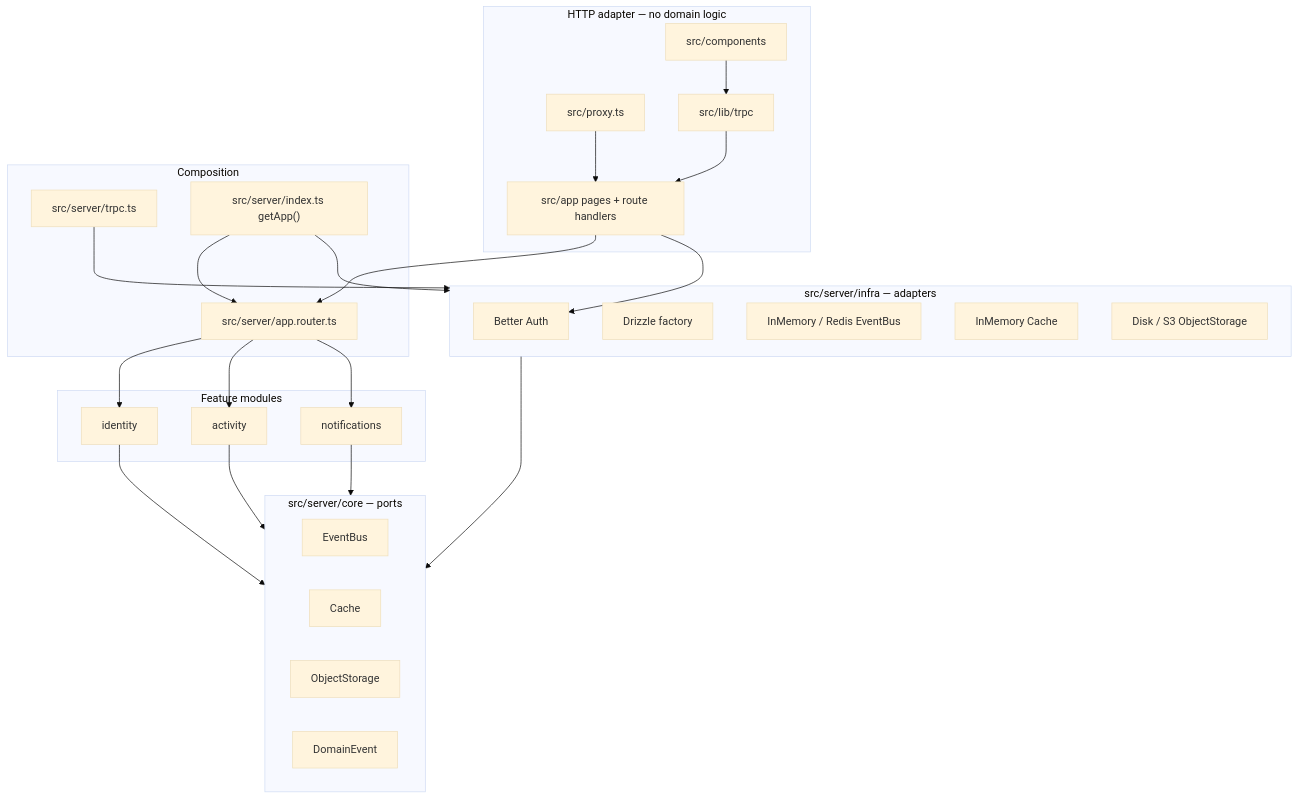
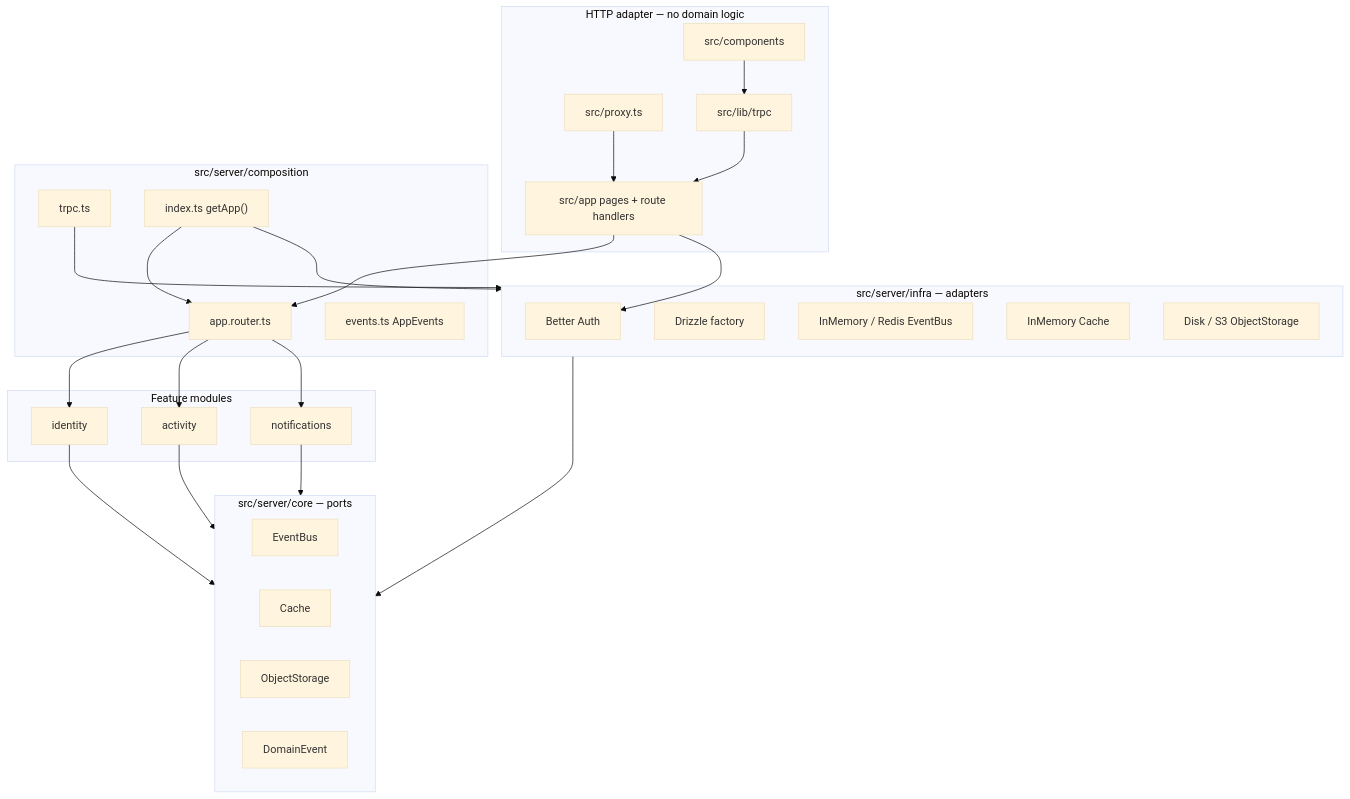
Before and after one commit to cobeo2004/anzen: the first of 2 diagrams in .docs/architecture.md, drawn with Mermaid (base theme). The commit also changed other lines of this file and 6 other files, not shown here.

````diff
--- a/.docs/architecture.md
+++ b/.docs/architecture.md
@@ -7,52 +7,53 @@
 ```mermaid
 flowchart TB
   subgraph http["HTTP adapter — no domain logic"]
     pages["src/app pages + route handlers"]
     proxy["src/proxy.ts"]
     ui["src/components"]
     trpcClient["src/lib/trpc"]
   end
 
-  subgraph compose["Composition"]
-    appRouter["src/server/app.router.ts"]
-    trpcCtx["src/server/trpc.ts"]
-    getApp["src/server/index.ts getApp()"]
+  subgraph compose["src/server/composition"]
+    appRouter["app.router.ts"]
+    trpcCtx["trpc.ts"]
+    getApp["index.ts getApp()"]
+    catalogs["events.ts AppEvents"]
   end
 
   subgraph modules["Feature modules"]
     identity["identity"]
     activity["activity"]
     notifications["notifications"]
   end
 
   subgraph core["src/server/core — ports"]
     eventBus["EventBus"]
     cache["Cache"]
     storage["ObjectStorage"]
     domainEvent["DomainEvent"]
   end
 
   subgraph infra["src/server/infra — adapters"]
     auth["Better Auth"]
     db["Drizzle factory"]
     buses["InMemory / Redis EventBus"]
     memCache["InMemory Cache"]
     disk["Disk / S3 ObjectStorage"]
   end
 
   ui --> trpcClient
   trpcClient --> pages
   proxy --> pages
   pages --> appRouter
   pages --> auth
   appRouter --> identity
   appRouter --> activity
   appRouter --> notifications
   trpcCtx --> infra
   identity --> core
   activity --> core
   notifications --> core
   infra --> core
   getApp --> infra
   getApp --> appRouter
 ```
````
